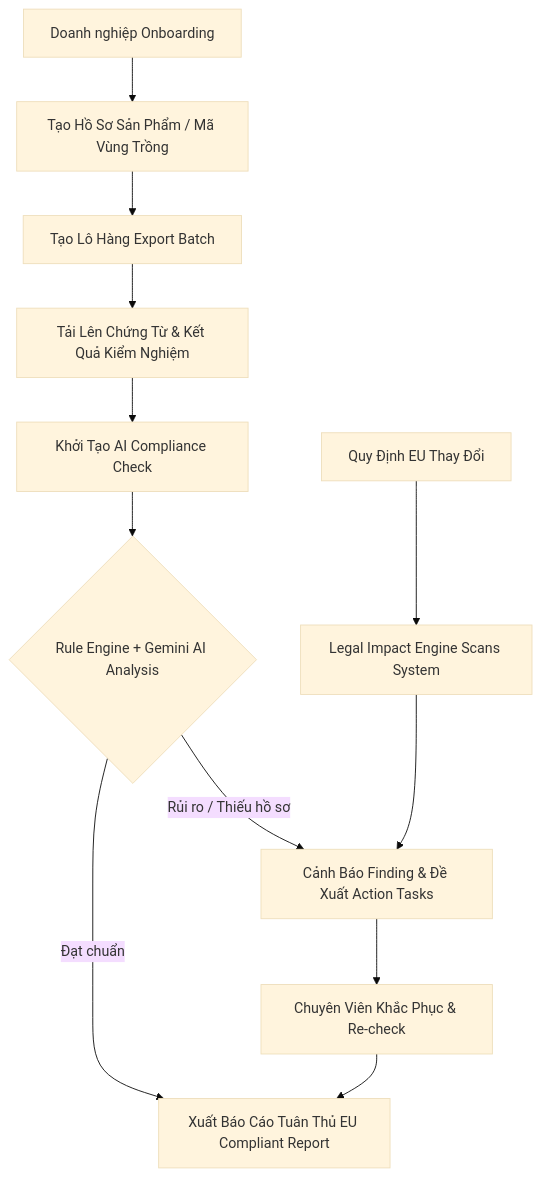
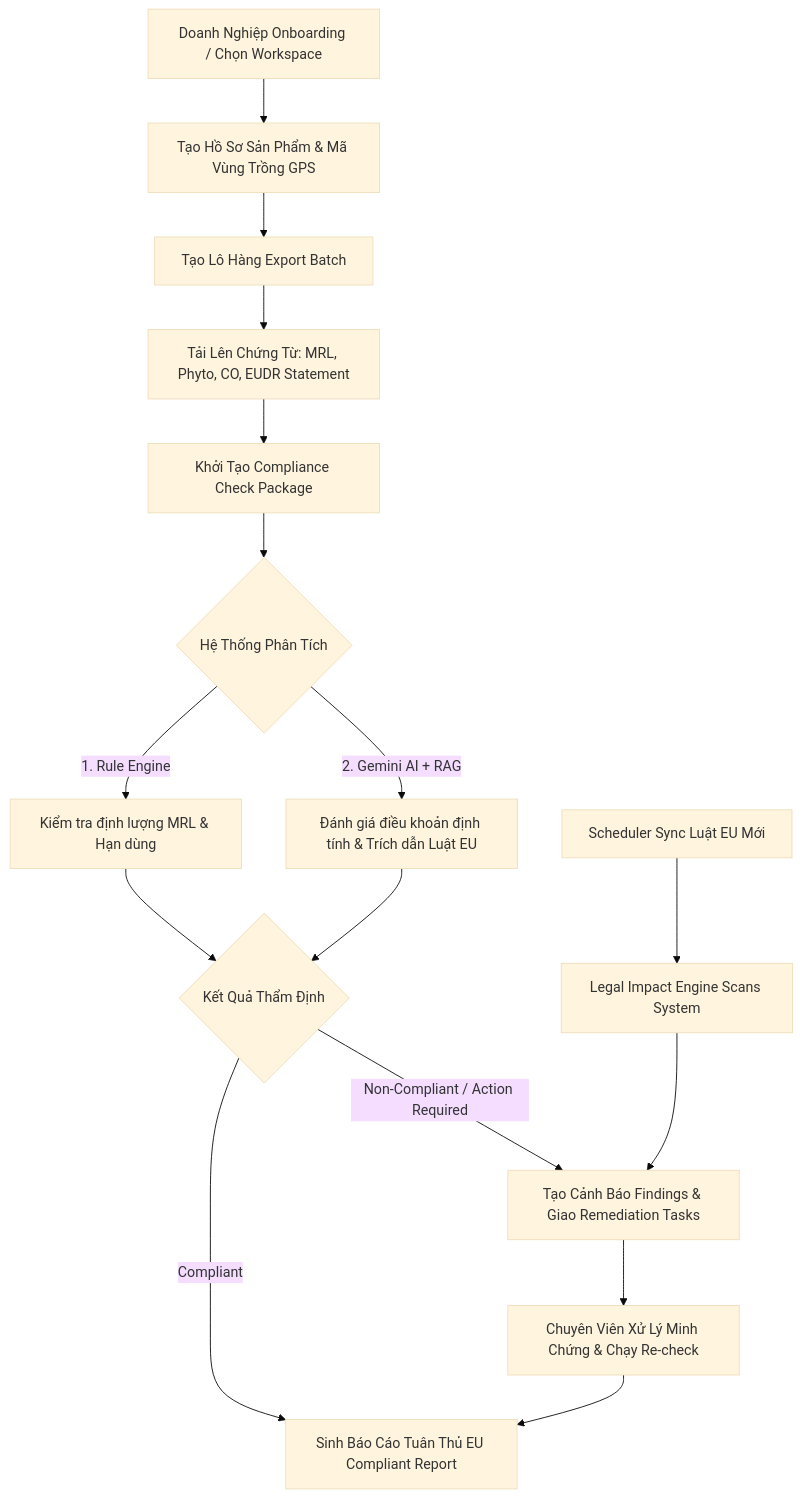
One commit to Longdev1701/Module2_ProductDesign_ changed the second of 2 diagrams in README.md. Above: the diagram before and after it, drawn with Mermaid (base theme). The commit also changed other lines of this file and 1 other file, not shown here.

````diff
--- a/README.md
+++ b/README.md
@@ -47,13 +108,20 @@
 ```mermaid
 flowchart TD
-    A[Doanh nghiệp Onboarding] --> B[Tạo Hồ Sơ Sản Phẩm / Mã Vùng Trồng]
+    A[Doanh Nghiệp Onboarding / Chọn Workspace] --> B[Tạo Hồ Sơ Sản Phẩm & Mã Vùng Trồng GPS]
     B --> C[Tạo Lô Hàng Export Batch]
-    C --> D[Tải Lên Chứng Từ & Kết Quả Kiểm Nghiệm]
-    D --> E[Khởi Tạo AI Compliance Check]
-    E --> F{Rule Engine + Gemini AI Analysis}
-    F -->|Đạt chuẩn| G[Xuất Báo Cáo Tuân Thủ EU Compliant Report]
-    F -->|Rủi ro / Thiếu hồ sơ| H[Cảnh Báo Finding & Đề Xuất Action Tasks]
-    H --> I[Chuyên Viên Khắc Phục & Re-check]
-    I --> G
-    J[Quy Định EU Thay Đổi] --> K[Legal Impact Engine Scans System] --> H
+    C --> D[Tải Lên Chứng Từ: MRL, Phyto, CO, EUDR Statement]
+    D --> E[Khởi Tạo Compliance Check Package]
+    
+    E --> F{Hệ Thống Phân Tích}
+    F -->|1. Rule Engine| F1[Kiểm tra định lượng MRL & Hạn dùng]
+    F -->|2. Gemini AI + RAG| F2[Đánh giá điều khoản định tính & Trích dẫn Luật EU]
+    
+    F1 & F2 --> G{Kết Quả Thẩm Định}
+    G -->|Compliant| H[Sinh Báo Cáo Tuân Thủ EU Compliant Report]
+    G -->|Non-Compliant / Action Required| I[Tạo Cảnh Báo Findings & Giao Remediation Tasks]
+    
+    I --> J[Chuyên Viên Xử Lý Minh Chứng & Chạy Re-check]
+    J --> H
+    
+    K[Scheduler Sync Luật EU Mới] --> L[Legal Impact Engine Scans System] --> I
 ```
````
